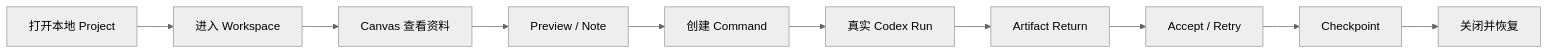
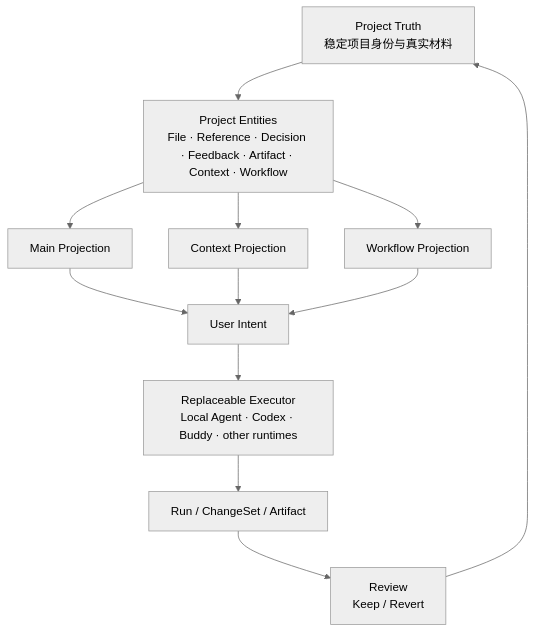
The second of 6 diagrams in README.md (DZWFLi/LCOS-local-creativeOS), drawn with Mermaid (neutral theme) before and after one commit. The commit also changed other lines of this file, not shown here.

````diff
--- a/README.md
+++ b/README.md
@@ -43,13 +111,19 @@
 ```mermaid
-flowchart LR
-    A[打开本地 Project]
-    --> B[进入 Workspace]
-    --> C[Canvas 查看资料]
-    --> D[Preview / Note]
-    --> E[创建 Command]
-    --> F[真实 Codex Run]
-    --> G[Artifact Return]
-    --> H[Accept / Retry]
-    --> I[Checkpoint]
-    --> J[关闭并恢复]
+flowchart TB
+    PT[Project Truth<br/>稳定项目身份与真实材料]
+
+    PT --> PE[Project Entities<br/>File · Reference · Decision · Feedback · Artifact · Context · Workflow]
+
+    PE --> S1[Main Projection]
+    PE --> S2[Context Projection]
+    PE --> S3[Workflow Projection]
+
+    S1 --> U[User Intent]
+    S2 --> U
+    S3 --> U
+
+    U --> EX[Replaceable Executor<br/>Local Agent · Codex · Buddy · other runtimes]
+    EX --> RUN[Run / ChangeSet / Artifact]
+    RUN --> REV[Review<br/>Keep / Revert]
+    REV --> PT
 ```
````
